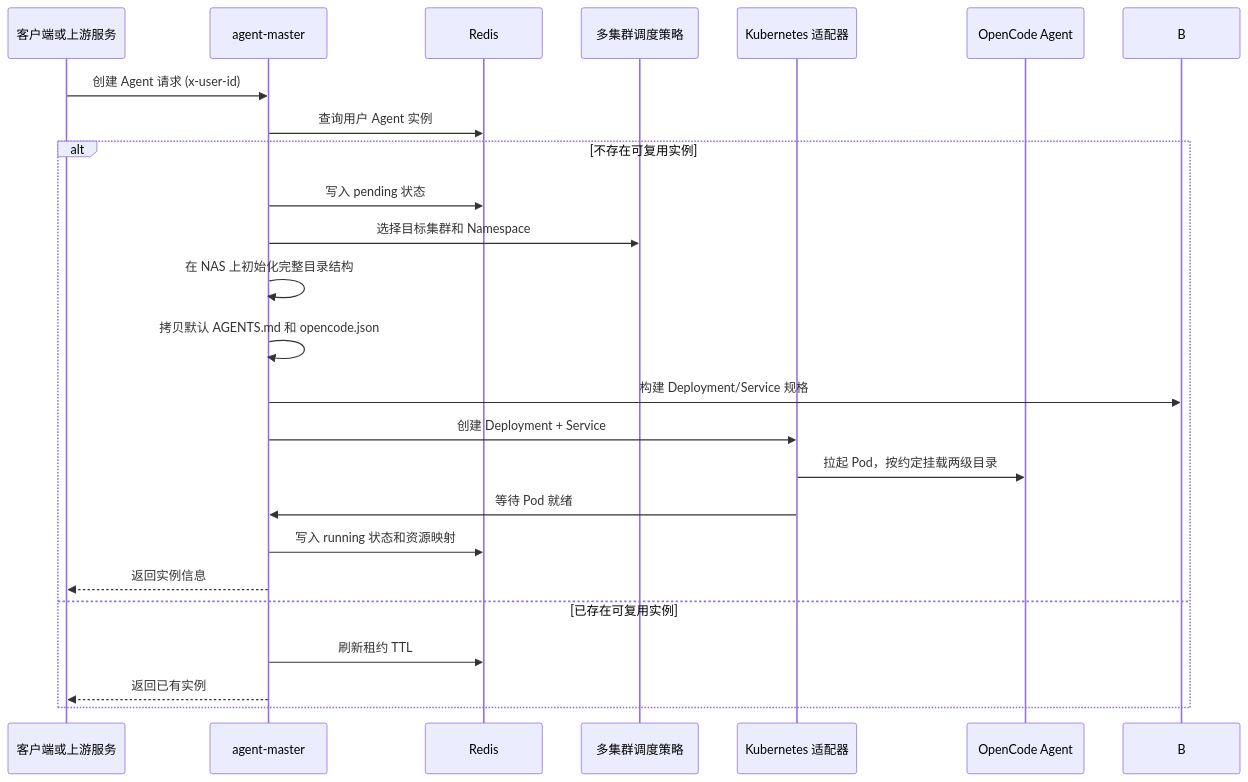
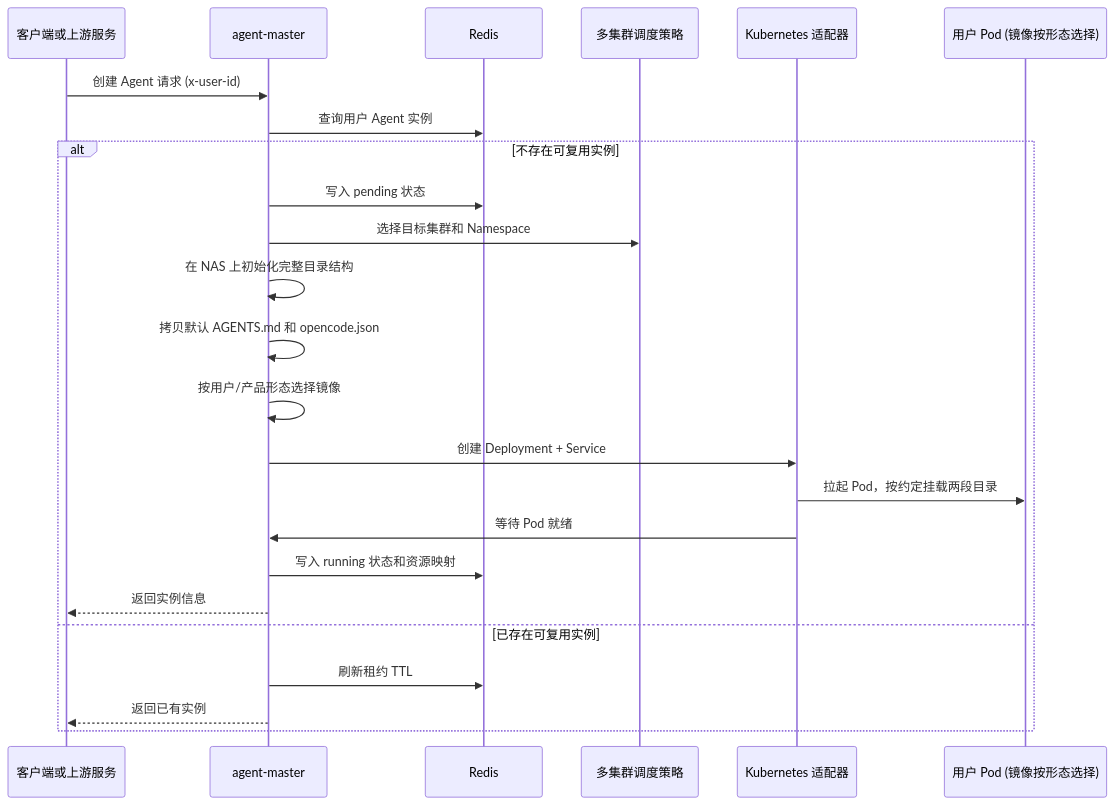
One commit to ArchAIHarness/docs changed the second of 2 diagrams in 0xE0_设计方案/分布式多用户OpenCode智能体平台架构设计.md. Above: the diagram before and after it, drawn with Mermaid. The commit also changed other lines of this file, not shown here.

First line of the commit message:
docs: 重构分布式多用户 OpenCode 智能体平台架构设计

````diff
--- a/0xE0_设计方案/分布式多用户OpenCode智能体平台架构设计.md
+++ b/0xE0_设计方案/分布式多用户OpenCode智能体平台架构设计.md
@@ -213,27 +277,27 @@
 ```mermaid
 sequenceDiagram
     participant C as 客户端或上游服务
     participant A as agent-master
     participant R as Redis
     participant P as 多集群调度策略
     participant K as Kubernetes 适配器
-    participant O as OpenCode Agent
+    participant O as 用户 Pod (镜像按形态选择)
 
     C->>A: 创建 Agent 请求 (x-user-id)
     A->>R: 查询用户 Agent 实例
     alt 不存在可复用实例
         A->>R: 写入 pending 状态
         A->>P: 选择目标集群和 Namespace
         A->>A: 在 NAS 上初始化完整目录结构
         A->>A: 拷贝默认 AGENTS.md 和 opencode.json
-        A->>B: 构建 Deployment/Service 规格
+        A->>A: 按用户/产品形态选择镜像
         A->>K: 创建 Deployment + Service
-        K->>O: 拉起 Pod，按约定挂载两级目录
+        K->>O: 拉起 Pod，按约定挂载两段目录
         K->>A: 等待 Pod 就绪
         A->>R: 写入 running 状态和资源映射
         A-->>C: 返回实例信息
     else 已存在可复用实例
         A->>R: 刷新租约 TTL
         A-->>C: 返回已有实例
     end
 ```
````
